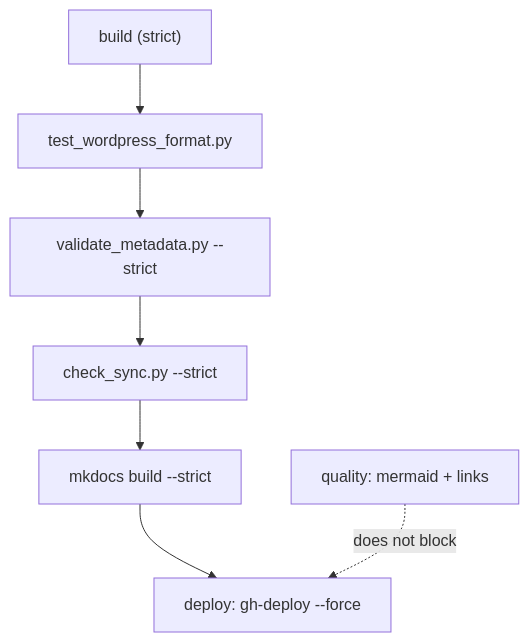
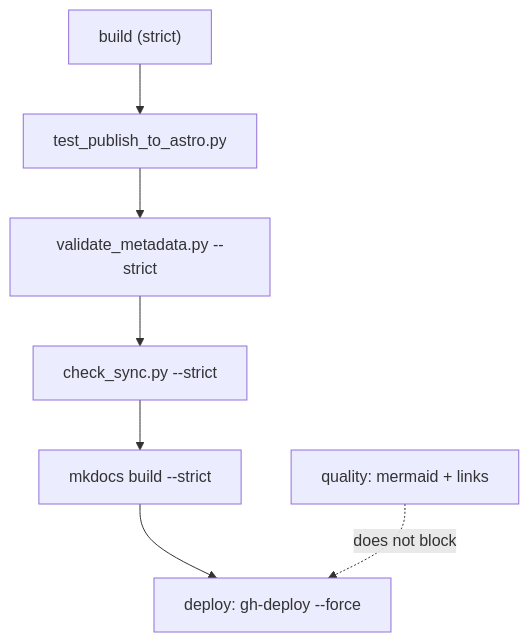
Before and after one commit to rasty94/Frikiteam-docs: the diagram in docs/en/troubleshooting.md, drawn with Mermaid. The commit also changed other lines of this file and 9 other files, not shown here.

Commit message:
chore: retirar wordpress_sync.py, test_wordpress_format.py y referencias a WordPress

````diff
--- a/docs/en/troubleshooting.md
+++ b/docs/en/troubleshooting.md
@@ -45,9 +45,9 @@
 ```mermaid
 flowchart TD
-    A["build (strict)"] --> B["test_wordpress_format.py"]
+    A["build (strict)"] --> B["test_publish_to_astro.py"]
     B --> C["validate_metadata.py --strict"]
     C --> D["check_sync.py --strict"]
     D --> E["mkdocs build --strict"]
     E --> F["deploy: gh-deploy --force"]
     G["quality: mermaid + links"] -.->|does not block| F
 ```
````
